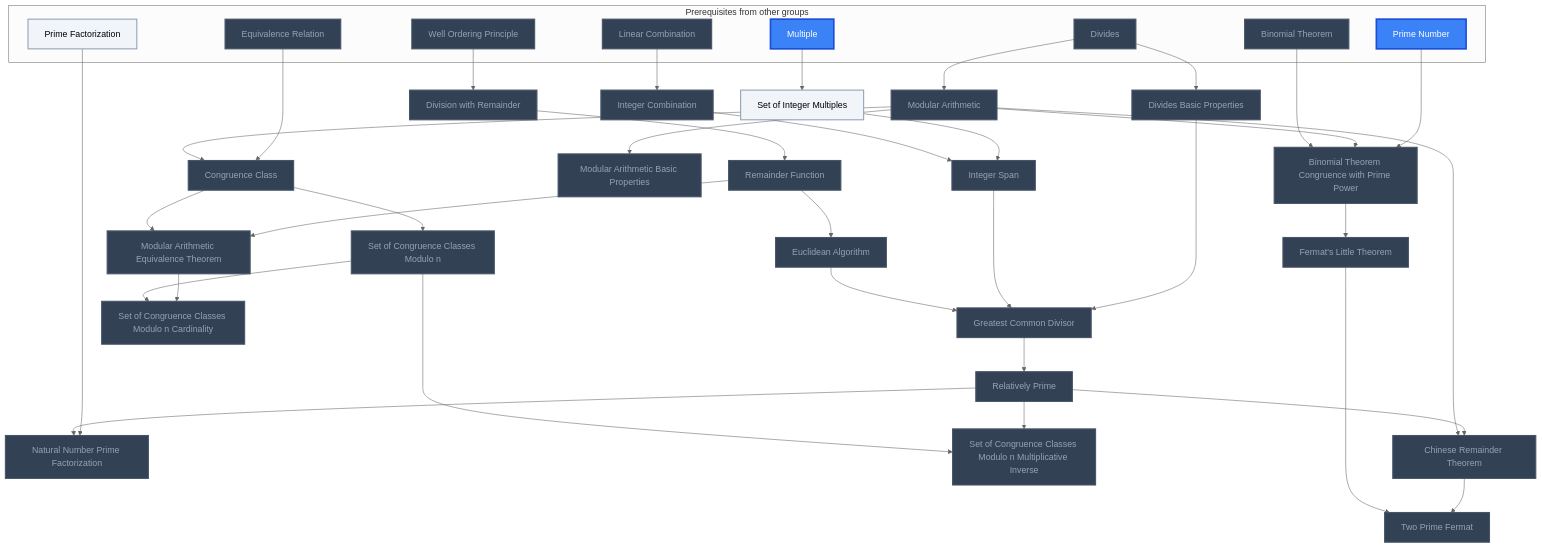
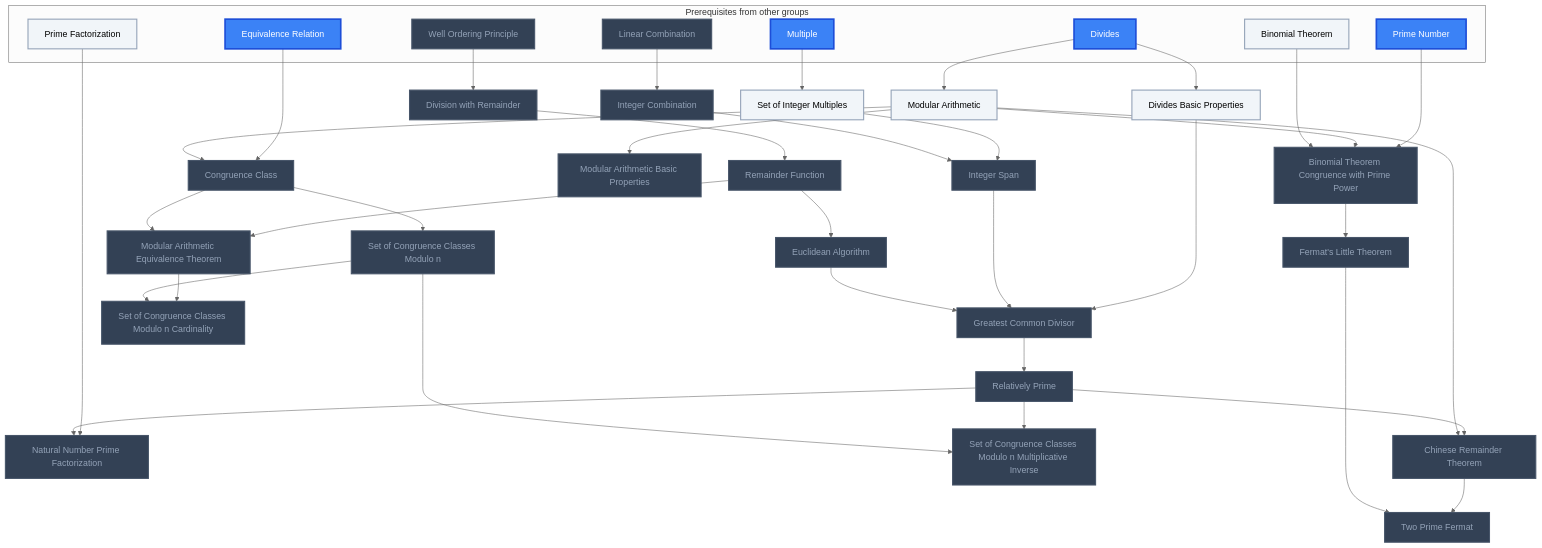
Before and after one commit to MRauf1/My-Notes: the first of 20 diagrams in Gamification/Skill Trees/Abstract Algebra.md, drawn with Mermaid (neutral theme). The commit also changed other lines of this file and 62 other files, not shown here.

````diff
--- a/Gamification/Skill Trees/Abstract Algebra.md
+++ b/Gamification/Skill Trees/Abstract Algebra.md
@@ -14,80 +17,80 @@
 ```mermaid
 flowchart TD
     classDef planned fill:#1E293B,stroke:#64748B,stroke-width:2px,stroke-dasharray:5 5,color:#94A3B8;
     classDef locked fill:#334155,stroke:#475569,stroke-width:2px,color:#94A3B8;
     classDef L0 fill:#F1F5F9,stroke:#94A3B8,stroke-width:2px,color:#000000;
     classDef L1 fill:#22C55E,stroke:#15803D,stroke-width:2px,color:#000000;
     classDef L2 fill:#3B82F6,stroke:#1D4ED8,stroke-width:3px,color:#FFFFFF;
     classDef L3 fill:#A855F7,stroke:#6B21A8,stroke-width:3px,color:#FFFFFF,font-weight:bold;
     classDef L4 fill:#F97316,stroke:#C2410C,stroke-width:4px,color:#000000,font-weight:bold;
     classDef L5 fill:#FFD700,stroke:#FF8C00,stroke-width:5px,color:#000000,font-weight:bold;
     classDef rusty stroke:#8B4513,stroke-width:4px,stroke-dasharray:3 3;
     subgraph sg_prereqs["Prerequisites from other groups"]
         n_well_ordering_principle["Well Ordering Principle"]
         n_divides["Divides"]
         n_multiple["Multiple"]
         n_linear_combination["Linear Combination"]
         n_prime_factorization["Prime Factorization"]
         n_equivalence_relation["Equivalence Relation"]
         n_binomial_theorem["Binomial Theorem"]
         n_prime_number["Prime Number"]
     end
     n_divides_basic_properties["Divides Basic Properties"]
     n_division_with_remainder["Division with Remainder"]
     n_remainder_function["Remainder Function"]
     n_set_of_integer_multiples["Set of Integer Multiples"]
     n_integer_combination["Integer Combination"]
     n_integer_span["Integer Span"]
     n_euclidean_algorithm["Euclidean Algorithm"]
     n_greatest_common_divisor["Greatest Common Divisor"]
     n_relatively_prime["Relatively Prime"]
     n_natural_number_prime_factorization["Natural Number Prime Factorization"]
     n_modular_arithmetic["Modular Arithmetic"]
     n_modular_arithmetic_basic_properties["Modular Arithmetic Basic Properties"]
     n_congruence_class["Congruence Class"]
     n_modular_arithmetic_equivalence_theorem["Modular Arithmetic Equivalence Theorem"]
     n_set_of_congruence_classes_modulo_n["Set of Congruence Classes Modulo n"]
     n_set_of_congruence_classes_modulo_n_cardinality["Set of Congruence Classes Modulo n Cardinality"]
     n_set_of_congruence_classes_modulo_n_multiplicative_inverse["Set of Congruence Classes Modulo n Multiplicative Inverse"]
     n_chinese_remainder_theorem["Chinese Remainder Theorem"]
     n_binomial_theorem_congruence_with_prime_power["Binomial Theorem Congruence with Prime Power"]
     n_fermat_s_little_theorem["Fermat's Little Theorem"]
     n_two_prime_fermat["Two Prime Fermat"]
     n_well_ordering_principle --> n_division_with_remainder
     n_division_with_remainder --> n_remainder_function
     n_divides --> n_divides_basic_properties
     n_multiple --> n_set_of_integer_multiples
     n_linear_combination --> n_integer_combination
     n_integer_combination --> n_integer_span
     n_set_of_integer_multiples --> n_integer_span
     n_remainder_function --> n_euclidean_algorithm
     n_euclidean_algorithm --> n_greatest_common_divisor
     n_integer_span --> n_greatest_common_divisor
     n_divides_basic_properties --> n_greatest_common_divisor
     n_greatest_common_divisor --> n_relatively_prime
     n_relatively_prime --> n_natural_number_prime_factorization
     n_prime_factorization --> n_natural_number_prime_factorization
     n_divides --> n_modular_arithmetic
     n_modular_arithmetic --> n_modular_arithmetic_basic_properties
     n_modular_arithmetic --> n_congruence_class
     n_equivalence_relation --> n_congruence_class
     n_congruence_class --> n_modular_arithmetic_equivalence_theorem
     n_remainder_function --> n_modular_arithmetic_equivalence_theorem
     n_congruence_class --> n_set_of_congruence_classes_modulo_n
     n_set_of_congruence_classes_modulo_n --> n_set_of_congruence_classes_modulo_n_cardinality
     n_modular_arithmetic_equivalence_theorem --> n_set_of_congruence_classes_modulo_n_cardinality
     n_set_of_congruence_classes_modulo_n --> n_set_of_congruence_classes_modulo_n_multiplicative_inverse
     n_relatively_prime --> n_set_of_congruence_classes_modulo_n_multiplicative_inverse
     n_modular_arithmetic --> n_chinese_remainder_theorem
     n_relatively_prime --> n_chinese_remainder_theorem
     n_binomial_theorem --> n_binomial_theorem_congruence_with_prime_power
     n_modular_arithmetic --> n_binomial_theorem_congruence_with_prime_power
     n_prime_number --> n_binomial_theorem_congruence_with_prime_power
     n_binomial_theorem_congruence_with_prime_power --> n_fermat_s_little_theorem
     n_fermat_s_little_theorem --> n_two_prime_fermat
     n_chinese_remainder_theorem --> n_two_prime_fermat
-    class n_well_ordering_principle,n_divides,n_linear_combination,n_equivalence_relation,n_binomial_theorem,n_divides_basic_properties,n_division_with_remainder,n_remainder_function,n_integer_combination,n_integer_span,n_euclidean_algorithm,n_greatest_common_divisor,n_relatively_prime,n_natural_number_prime_factorization,n_modular_arithmetic,n_modular_arithmetic_basic_properties,n_congruence_class,n_modular_arithmetic_equivalence_theorem,n_set_of_congruence_classes_modulo_n,n_set_of_congruence_classes_modulo_n_cardinality,n_set_of_congruence_classes_modulo_n_multiplicative_inverse,n_chinese_remainder_theorem,n_binomial_theorem_congruence_with_prime_power,n_fermat_s_little_theorem,n_two_prime_fermat locked;
-    class n_prime_factorization,n_set_of_integer_multiples L0;
-    class n_multiple,n_prime_number L2;
+    class n_well_ordering_principle,n_linear_combination,n_division_with_remainder,n_remainder_function,n_integer_combination,n_integer_span,n_euclidean_algorithm,n_greatest_common_divisor,n_relatively_prime,n_natural_number_prime_factorization,n_modular_arithmetic_basic_properties,n_congruence_class,n_modular_arithmetic_equivalence_theorem,n_set_of_congruence_classes_modulo_n,n_set_of_congruence_classes_modulo_n_cardinality,n_set_of_congruence_classes_modulo_n_multiplicative_inverse,n_chinese_remainder_theorem,n_binomial_theorem_congruence_with_prime_power,n_fermat_s_little_theorem,n_two_prime_fermat locked;
+    class n_prime_factorization,n_binomial_theorem,n_divides_basic_properties,n_set_of_integer_multiples,n_modular_arithmetic L0;
+    class n_divides,n_multiple,n_equivalence_relation,n_prime_number L2;
     class n_well_ordering_principle,n_divides,n_multiple,n_linear_combination,n_prime_factorization,n_equivalence_relation,n_binomial_theorem,n_prime_number,n_divides_basic_properties,n_division_with_remainder,n_remainder_function,n_set_of_integer_multiples,n_integer_combination,n_integer_span,n_euclidean_algorithm,n_greatest_common_divisor,n_relatively_prime,n_natural_number_prime_factorization,n_modular_arithmetic,n_modular_arithmetic_basic_properties,n_congruence_class,n_modular_arithmetic_equivalence_theorem,n_set_of_congruence_classes_modulo_n,n_set_of_congruence_classes_modulo_n_cardinality,n_set_of_congruence_classes_modulo_n_multiplicative_inverse,n_chinese_remainder_theorem,n_binomial_theorem_congruence_with_prime_power,n_fermat_s_little_theorem,n_two_prime_fermat internal-link;
 ```
````
